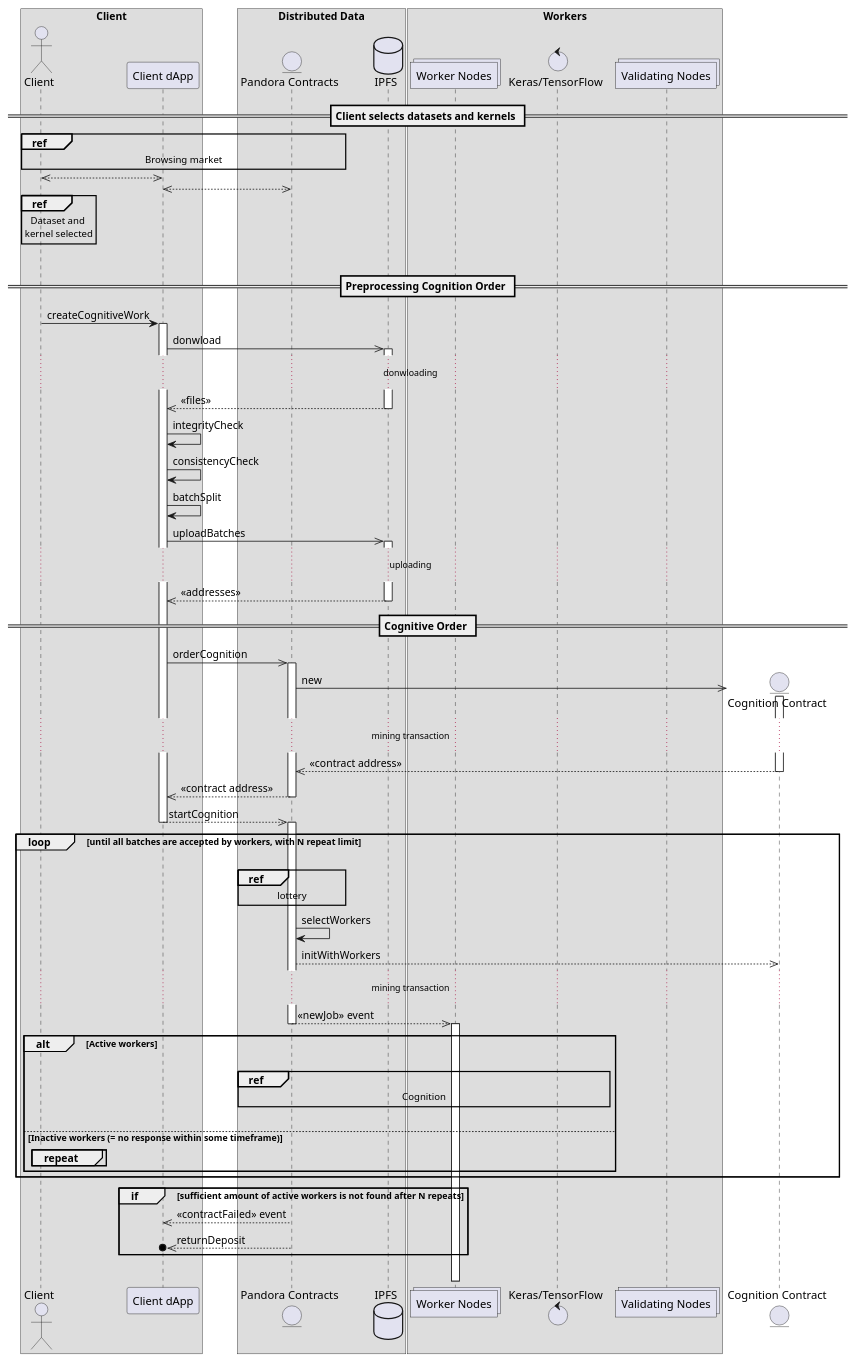
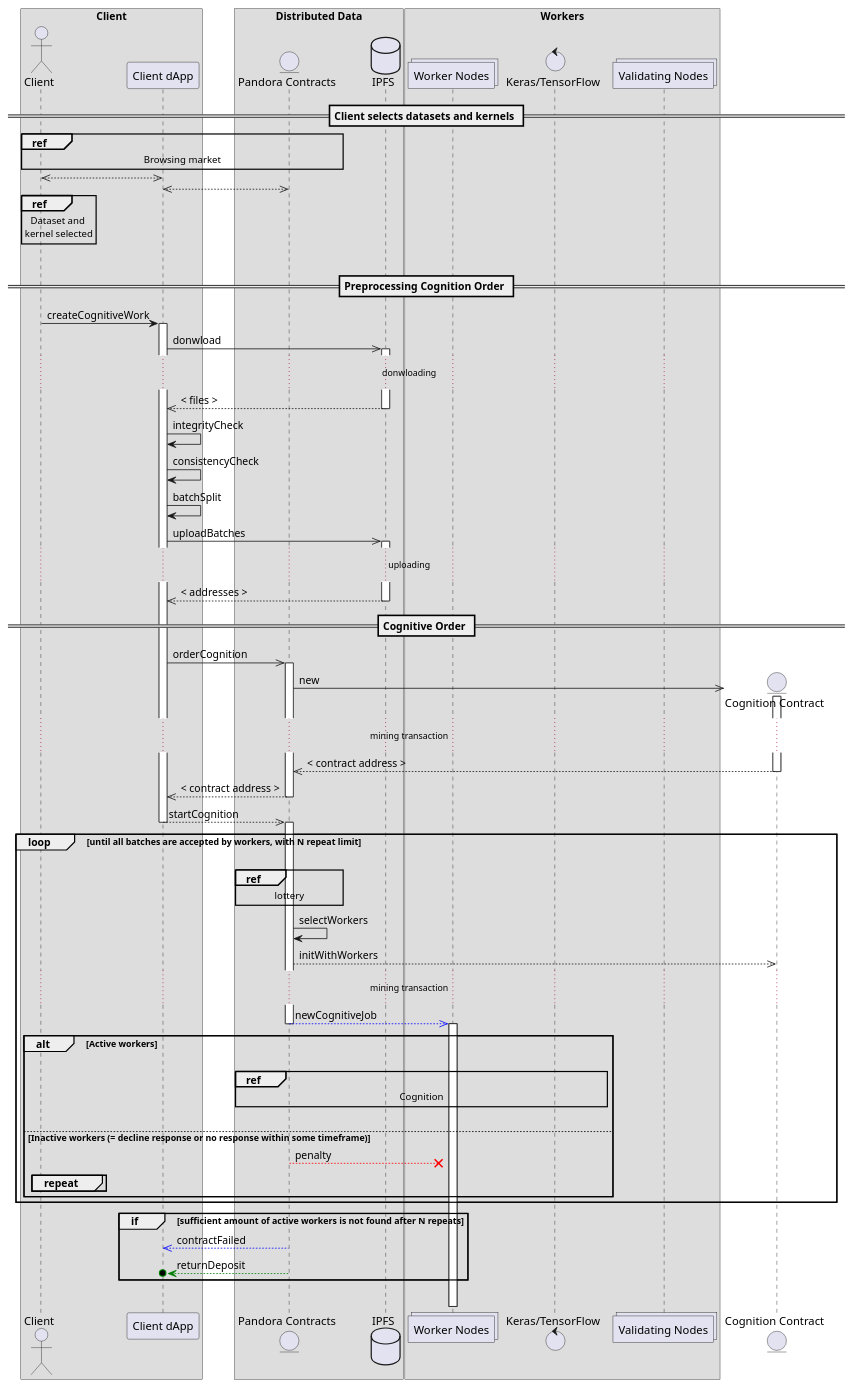
One commit to pandoraboxchain/pocw-techspecs changed the diagram in sequence_cognition_10.plantuml. Above: the diagram before and after it, drawn with PlantUML.

```diff
--- a/sequence_cognition_10.plantuml
+++ b/sequence_cognition_10.plantuml
@@ -1,93 +1,94 @@
 @startuml
 box "Client"
   actor "Client" as client
   participant "Client dApp" as dapp
 end box
 
 box "Distributed Data"
   entity "Pandora Contracts" as pandora
   database "IPFS" as ipfs
 end box
 
 box "Workers"
   collections "Worker Nodes" as workers
   control "Keras/TensorFlow" as nn
   collections "Validating Nodes" as validators
 end box
 
 == Client selects datasets and kernels ==
 
 ref over client, dapp, pandora: Browsing market
 client <<-->> dapp
 dapp <<-->> pandora
 ref over client
   Dataset and 
   kernel selected
 end ref
 
 |||
 
 == Preprocessing Cognition Order ==
 
 client -> dapp: createCognitiveWork
 activate dapp
 dapp ->> ipfs: donwload
 activate ipfs
 ... donwloading ...
-ipfs -->> dapp: << files >>
+ipfs -->> dapp: < files >
 deactivate ipfs
 
 dapp -> dapp: integrityCheck
 dapp -> dapp: consistencyCheck
 dapp -> dapp: batchSplit
 dapp ->> ipfs: uploadBatches
 activate ipfs
 ... uploading ...
-ipfs -->> dapp: << addresses >>
+ipfs -->> dapp: < addresses >
 deactivate ipfs
 
 == Cognitive Order ==
 
 dapp ->> pandora: orderCognition
 activate pandora
 create entity "Cognition Contract" as cognition
 pandora ->> cognition: new
 activate cognition
 ... mining transaction ...
-cognition -->> pandora: << contract address >>
+cognition -->> pandora: < contract address >
 deactivate cognition
 
-pandora -->> dapp: << contract address >>
+pandora -->> dapp: < contract address >
 deactivate pandora
 
 dapp -->> pandora: startCognition
 deactivate dapp
 activate pandora
 
 loop until all batches are accepted by workers, with N repeat limit
   |||
   ref over pandora: lottery
   pandora -> pandora: selectWorkers
   pandora -->> cognition: initWithWorkers
 ... mining transaction ...
-  pandora -->> workers: << newJob >> event
+  pandora -[#blue]->> workers: newCognitiveJob
   deactivate pandora
   activate workers
   alt Active workers
     |||
     ref over pandora, nn: Cognition
     |||
-  else Inactive workers (= no response within some timeframe)
+  else Inactive workers (= decline response or no response within some timeframe)
+    pandora -[#red]->x workers: penalty
     group repeat
     end
   end
 end
 
 group if [sufficient amount of active workers is not found after N repeats]
   activate pandora
-  pandora -->> dapp: << contractFailed >> event
-  pandora -->>o dapp: returnDeposit
+  pandora -[#blue]->> dapp: contractFailed
+  pandora -[#green]->o dapp: returnDeposit
   deactivate pandora
 end
 |||
 @enduml
```
